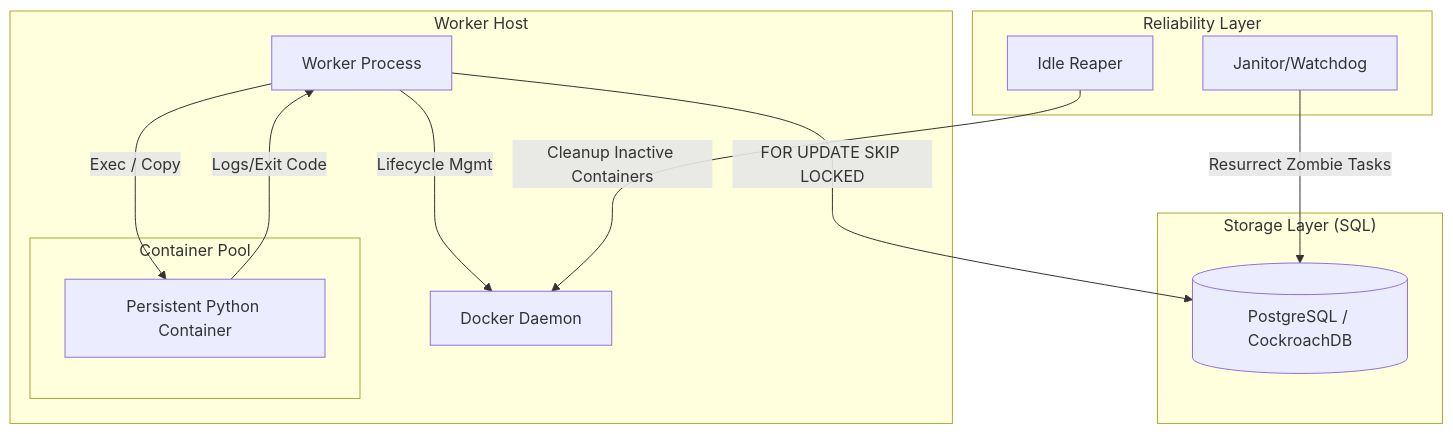
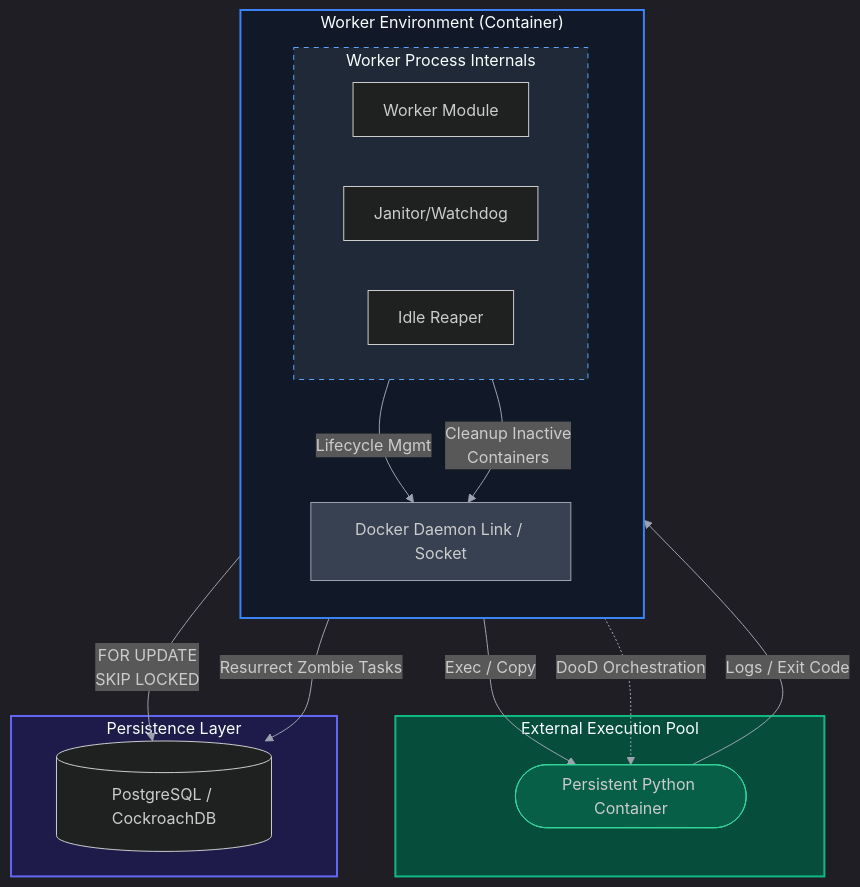
One commit to halidrauf/Continuum changed the diagram in readme.md. Above: the diagram before and after it, drawn with Mermaid.

Commit message:
DOCS: Architecture Mermaid Update

````diff
--- a/readme.md
+++ b/readme.md
@@ -21,27 +21,41 @@
 ```mermaid
+%%{init: { 'theme': 'dark', 'themeVariables': { 'primaryColor': '#1f2937', 'primaryTextColor': '#f3f4f6', 'primaryBorderColor': '#3b82f6', 'lineColor': '#9ca3af', 'secondaryColor': '#111827', 'tertiaryColor': '#1f2937'}}}%%
 graph TD
-    subgraph "Worker Host"
-        W1[Worker Process]
-        MD[Docker Daemon]
-   
-        subgraph "Container Pool"
-            T1[Persistent Python Container]
+    subgraph WContainer ["Worker Environment (Container)"]
+        direction TB
+        subgraph WP ["Worker Process Internals"]
+            direction LR
+            W1[Worker Module]
+            J[Janitor/Watchdog]
+            R[Idle Reaper]
         end
+        MD[Docker Daemon Link / Socket]
     end
 
-    subgraph "Reliability Layer"
-        J[Janitor/Watchdog]
-        R[Idle Reaper]
+    subgraph CP ["External Execution Pool"]
+        T1([Persistent Python Container])
     end
 
-    subgraph "Storage Layer (SQL)"
+    subgraph Storage ["Persistence Layer"]
         DB[(PostgreSQL / CockroachDB)]
     end
 
-    W1 -- "FOR UPDATE SKIP LOCKED" --> DB
+    %% Connections
+    W1 -- "FOR UPDATE<br/>SKIP LOCKED" --> DB
     W1 -- "Exec / Copy" --> T1
     W1 -- "Lifecycle Mgmt" --> MD
-    T1 -- "Logs/Exit Code" --> W1
+    T1 -- "Logs / Exit Code" --> W1
+    
     J -- "Resurrect Zombie Tasks" --> DB
-    R -- "Cleanup Inactive Containers" --> MD
+    R -- "Cleanup Inactive<br/>Containers" --> MD
+    MD -. "DooD Orchestration" .-> T1
+
+    %% Styling
+    style WContainer fill:#111827,stroke:#3b82f6,stroke-width:2px
+    style WP fill:#1f2937,stroke:#60a5fa,stroke-dasharray: 5 5
+    style CP fill:#064e3b,stroke:#10b981,stroke-width:2px
+    style Storage fill:#1e1b4b,stroke:#6366f1,stroke-width:2px
+    style MD fill:#374151,stroke:#9ca3af
+    style T1 fill:#065f46,stroke:#34d399
+
 ```
````
